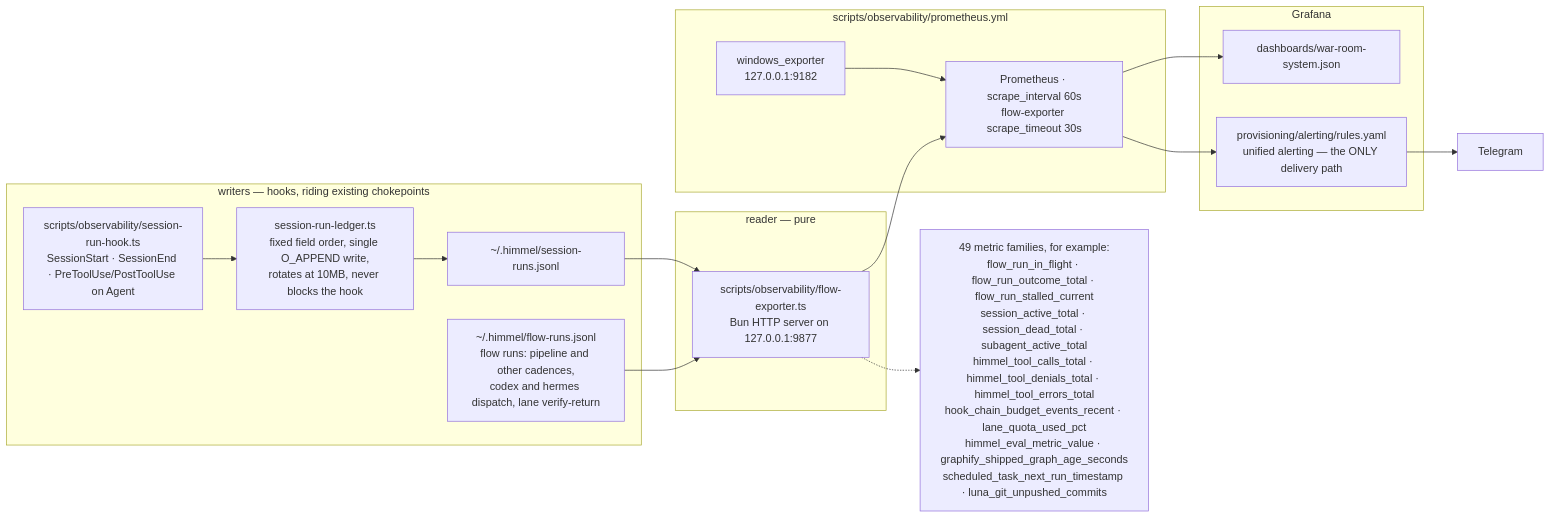
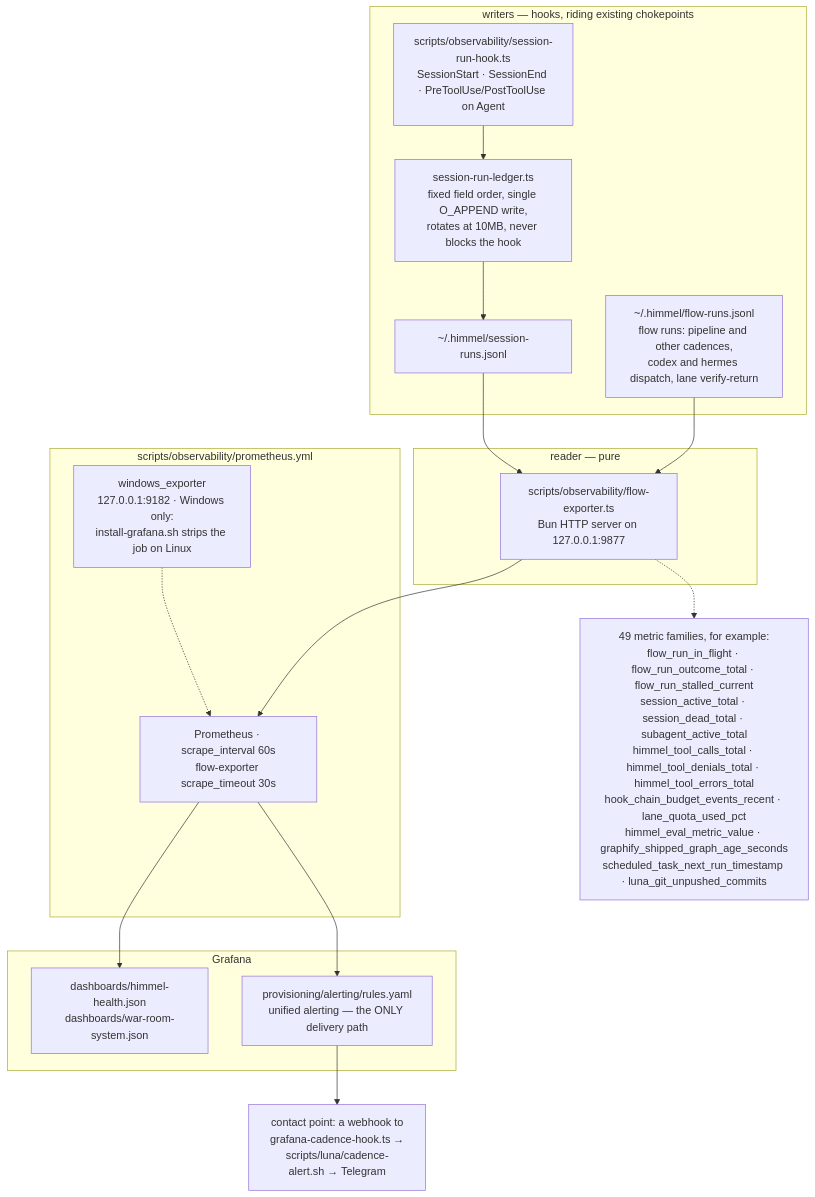
One commit to Goomal/Himmel changed the fifth of 5 diagrams in docs/architecture.md. Above: the diagram before and after it, drawn with Mermaid. The commit also changed other lines of this file and 9 other files, not shown here.

First line of the commit message:
feat(docs-site): [HIMMEL-7480] the docs site draws its diagrams with pele, themed to the site (#3832)

````diff
--- a/docs/architecture.md
+++ b/docs/architecture.md
@@ -268,34 +278,34 @@
 ```mermaid
-flowchart LR
+flowchart TD
     subgraph WRITE["writers — hooks, riding existing chokepoints"]
         HK["scripts/observability/session-run-hook.ts<br/>SessionStart · SessionEnd · PreToolUse/PostToolUse on Agent"]
         SL["session-run-ledger.ts<br/>fixed field order, single O_APPEND write,<br/>rotates at 10MB, never blocks the hook"]
         LED["~/.himmel/session-runs.jsonl"]
         FLOW["~/.himmel/flow-runs.jsonl<br/>flow runs: pipeline and other cadences,<br/>codex and hermes dispatch, lane verify-return"]
         HK --> SL --> LED
     end
 
     subgraph READ["reader — pure"]
         EXP["scripts/observability/flow-exporter.ts<br/>Bun HTTP server on 127.0.0.1:9877"]
         LED --> EXP
         FLOW --> EXP
     end
 
     subgraph SCRAPE["scripts/observability/prometheus.yml"]
         PROM["Prometheus · scrape_interval 60s<br/>flow-exporter scrape_timeout 30s"]
-        WEXP["windows_exporter<br/>127.0.0.1:9182"]
+        WEXP["windows_exporter<br/>127.0.0.1:9182 · Windows only:<br/>install-grafana.sh strips the job on Linux"]
         EXP --> PROM
-        WEXP --> PROM
+        WEXP -.-> PROM
     end
 
     subgraph VIEW["Grafana"]
-        DASH["dashboards/war-room-system.json"]
+        DASH["dashboards/himmel-health.json<br/>dashboards/war-room-system.json"]
         ALERT["provisioning/alerting/rules.yaml<br/>unified alerting — the ONLY delivery path"]
         PROM --> DASH
         PROM --> ALERT
     end
 
-    ALERT --> TG["Telegram"]
+    ALERT --> TG["contact point: a webhook to<br/>grafana-cadence-hook.ts →<br/>scripts/luna/cadence-alert.sh → Telegram"]
 
     EXP -.-> M["49 metric families, for example:<br/>flow_run_in_flight · flow_run_outcome_total · flow_run_stalled_current<br/>session_active_total · session_dead_total · subagent_active_total<br/>himmel_tool_calls_total · himmel_tool_denials_total · himmel_tool_errors_total<br/>hook_chain_budget_events_recent · lane_quota_used_pct<br/>himmel_eval_metric_value · graphify_shipped_graph_age_seconds<br/>scheduled_task_next_run_timestamp · luna_git_unpushed_commits"]
 ```
````
